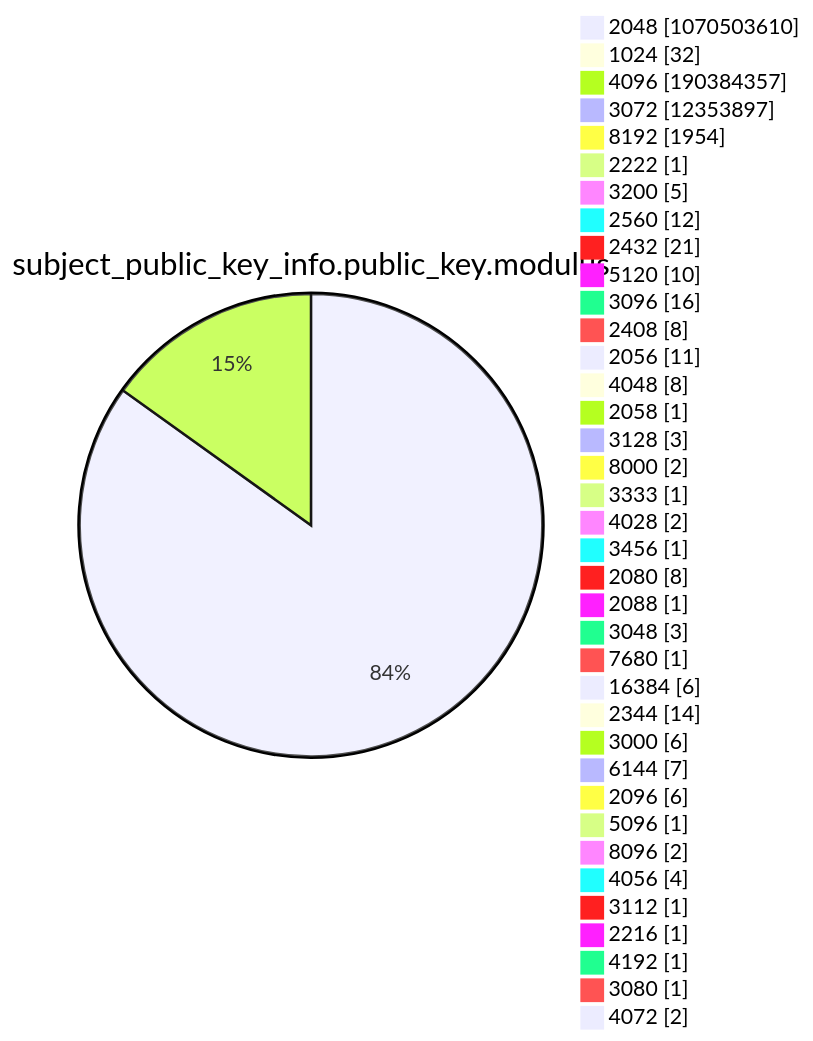
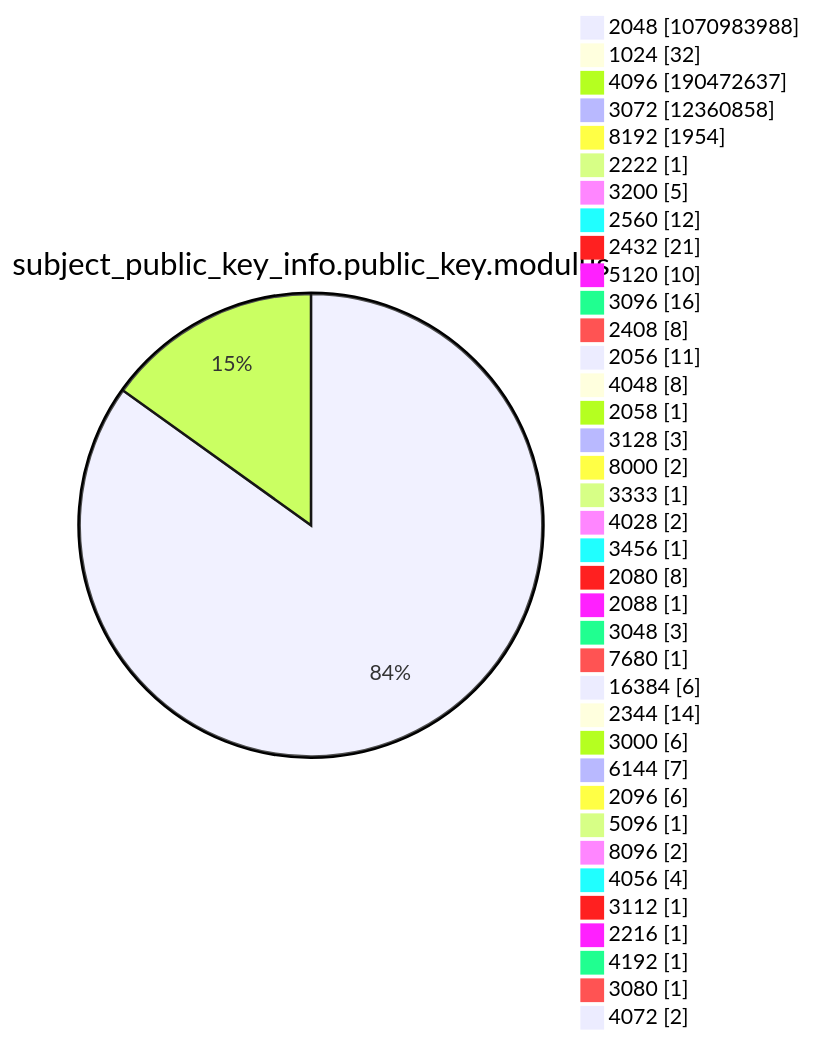
Before and after one commit to christiankrug/ctmonitor_visualization: diagram 13 of 15 in argon2022/README.md, drawn with Mermaid. The commit also changed other lines of this file, not shown here.

````diff
--- a/argon2022/README.md
+++ b/argon2022/README.md
@@ -3589,41 +3589,41 @@
 ```mermaid
 pie showData
 title subject_public_key_info.public_key.modulus
-"2048" :1070503610
+"2048" :1070983988
 "1024" :32
-"4096" :190384357
-"3072" :12353897
+"4096" :190472637
+"3072" :12360858
 "8192" :1954
 "2222" :1
 "3200" :5
 "2560" :12
 "2432" :21
 "5120" :10
 "3096" :16
 "2408" :8
 "2056" :11
 "4048" :8
 "2058" :1
 "3128" :3
 "8000" :2
 "3333" :1
 "4028" :2
 "3456" :1
 "2080" :8
 "2088" :1
 "3048" :3
 "7680" :1
 "16384" :6
 "2344" :14
 "3000" :6
 "6144" :7
 "2096" :6
 "5096" :1
 "8096" :2
 "4056" :4
 "3112" :1
 "2216" :1
 "4192" :1
 "3080" :1
 "4072" :2
 ```
````
